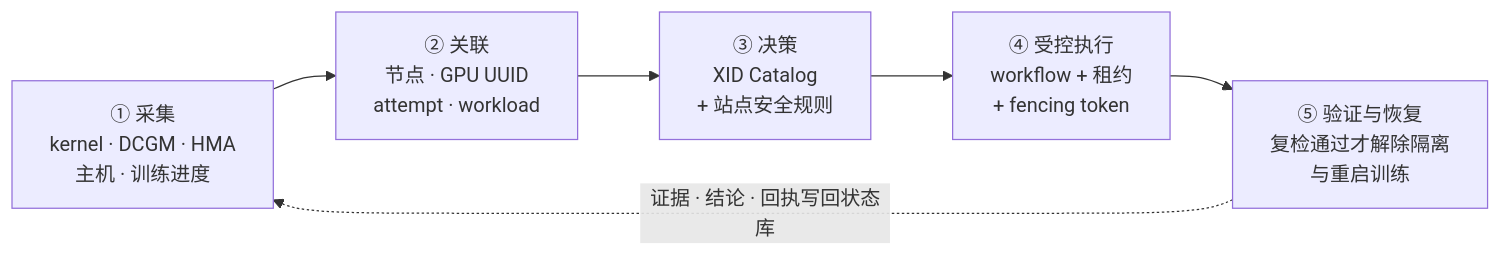
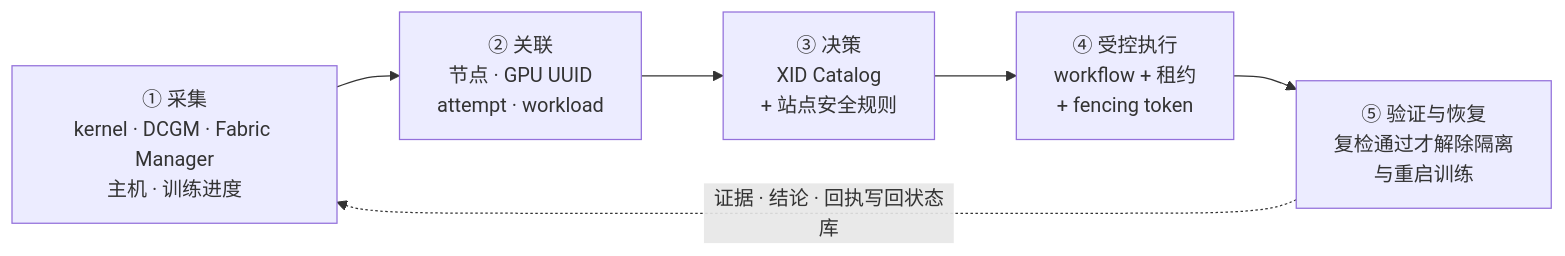
Before and after one commit to yuhuiaws/GPU-Fault-Recovery-System: the first of 8 diagrams in docs/概要设计.md, drawn with Mermaid. The commit also changed other lines of this file and 2461 other files, not shown here.

````diff
--- a/docs/概要设计.md
+++ b/docs/概要设计.md
@@ -73,10 +73,10 @@
 ```mermaid
 flowchart LR
-    S1["① 采集<br/>kernel · DCGM · HMA<br/>主机 · 训练进度"]
+    S1["① 采集<br/>kernel · DCGM · Fabric Manager<br/>主机 · 训练进度"]
     S2["② 关联<br/>节点 · GPU UUID<br/>attempt · workload"]
     S3["③ 决策<br/>XID Catalog<br/>+ 站点安全规则"]
     S4["④ 受控执行<br/>workflow + 租约<br/>+ fencing token"]
     S5["⑤ 验证与恢复<br/>复检通过才解除隔离<br/>与重启训练"]
     S1 --> S2 --> S3 --> S4 --> S5
     S5 -. "证据 · 结论 · 回执写回状态库" .-> S1
 ```
````
